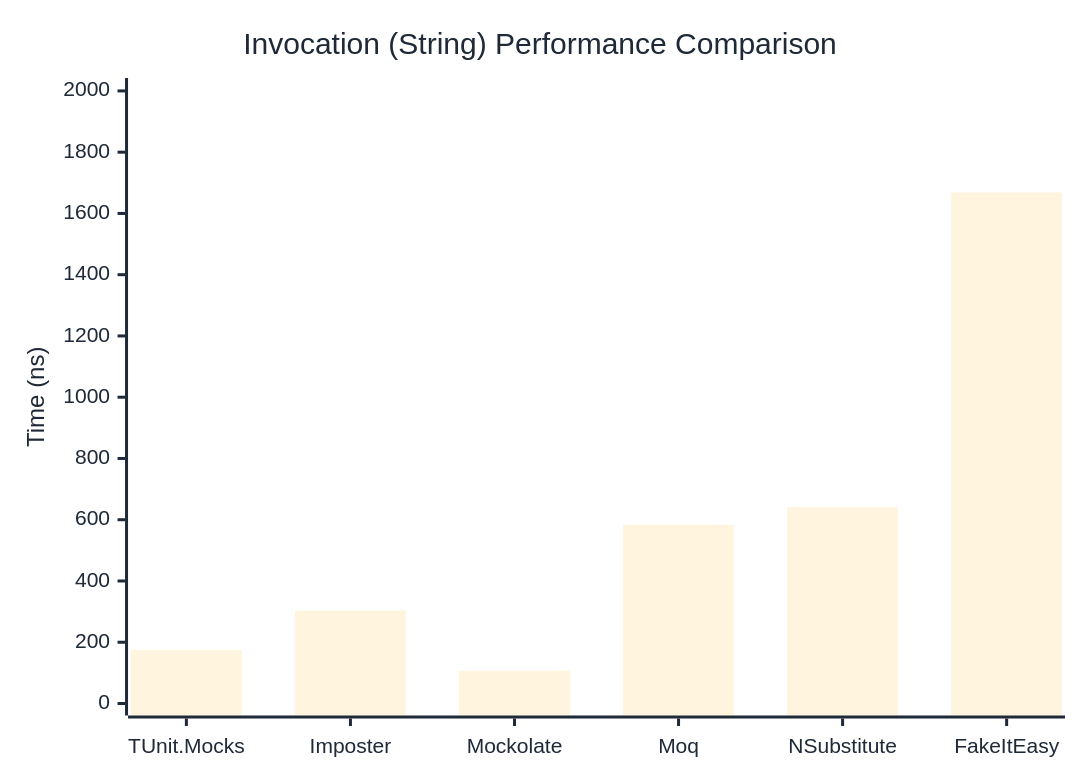
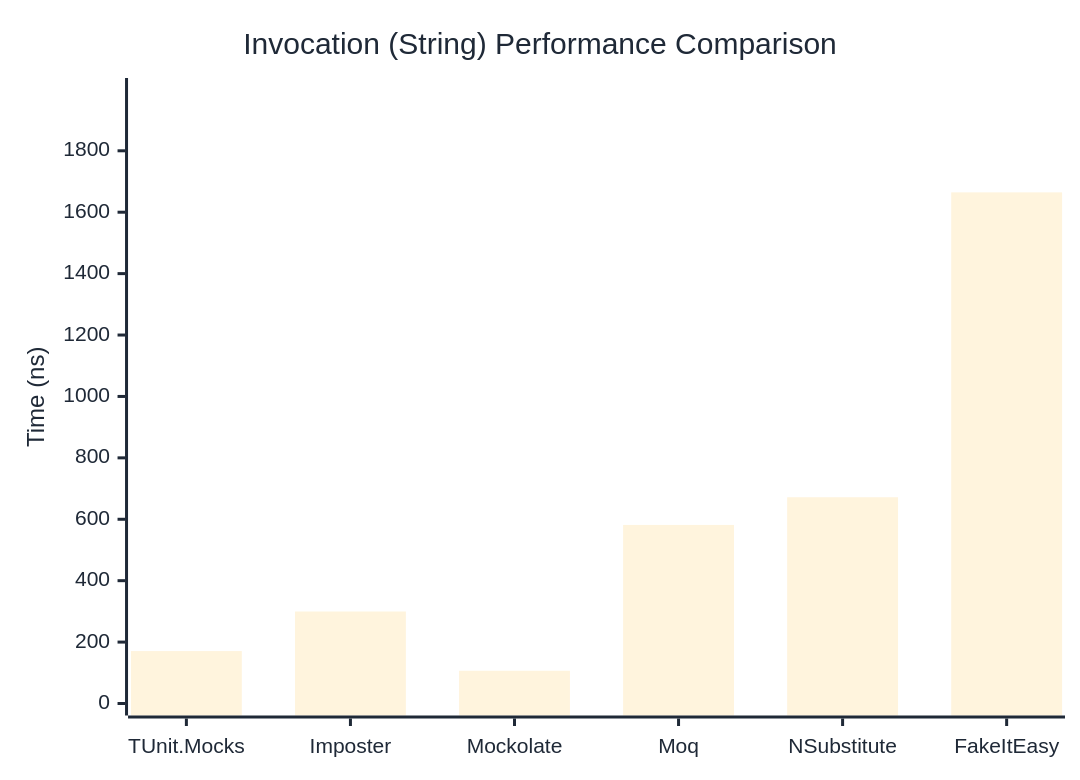
The second of 3 diagrams in docs/docs/benchmarks/mocks/Invocation.md (thomhurst/TUnit), drawn with Mermaid before and after one commit. The commit also changed other lines of this file and 14 other files, not shown here.

````diff
--- a/docs/docs/benchmarks/mocks/Invocation.md
+++ b/docs/docs/benchmarks/mocks/Invocation.md
@@ -71,27 +71,27 @@
 ```mermaid
 %%{init: {
   'theme':'base',
   'themeVariables': {
     'primaryColor': '#2563eb',
     'primaryTextColor': '#1f2937',
     'primaryBorderColor': '#1e40af',
     'lineColor': '#6b7280',
     'secondaryColor': '#7c3aed',
     'tertiaryColor': '#dc2626',
     'background': '#ffffff',
     'pie1': '#2563eb',
     'pie2': '#7c3aed',
     'pie3': '#dc2626',
     'pie4': '#f59e0b',
     'pie5': '#10b981',
     'pie6': '#06b6d4',
     'pie7': '#ec4899',
     'pie8': '#6366f1'
   }
 }}%%
 xychart-beta
   title "Invocation (String) Performance Comparison"
   x-axis ["TUnit.Mocks", "Imposter", "Mockolate", "Moq", "NSubstitute", "FakeItEasy"]
-  y-axis "Time (ns)" 0 --> 2003
-  bar [174.9, 303.6, 107.1, 583.7, 641.4, 1668.4]
+  y-axis "Time (ns)" 0 --> 1998
+  bar [170.7, 299.6, 106.6, 581.5, 671.7, 1664.6]
 ```
````
